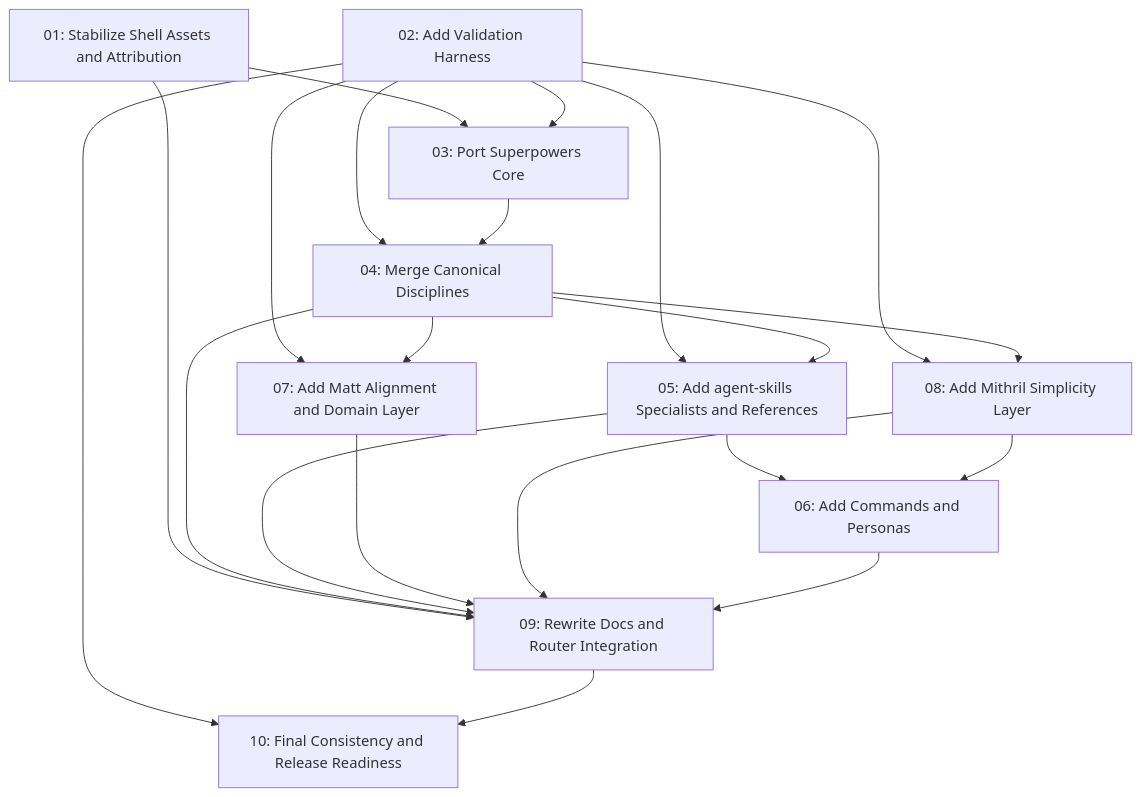
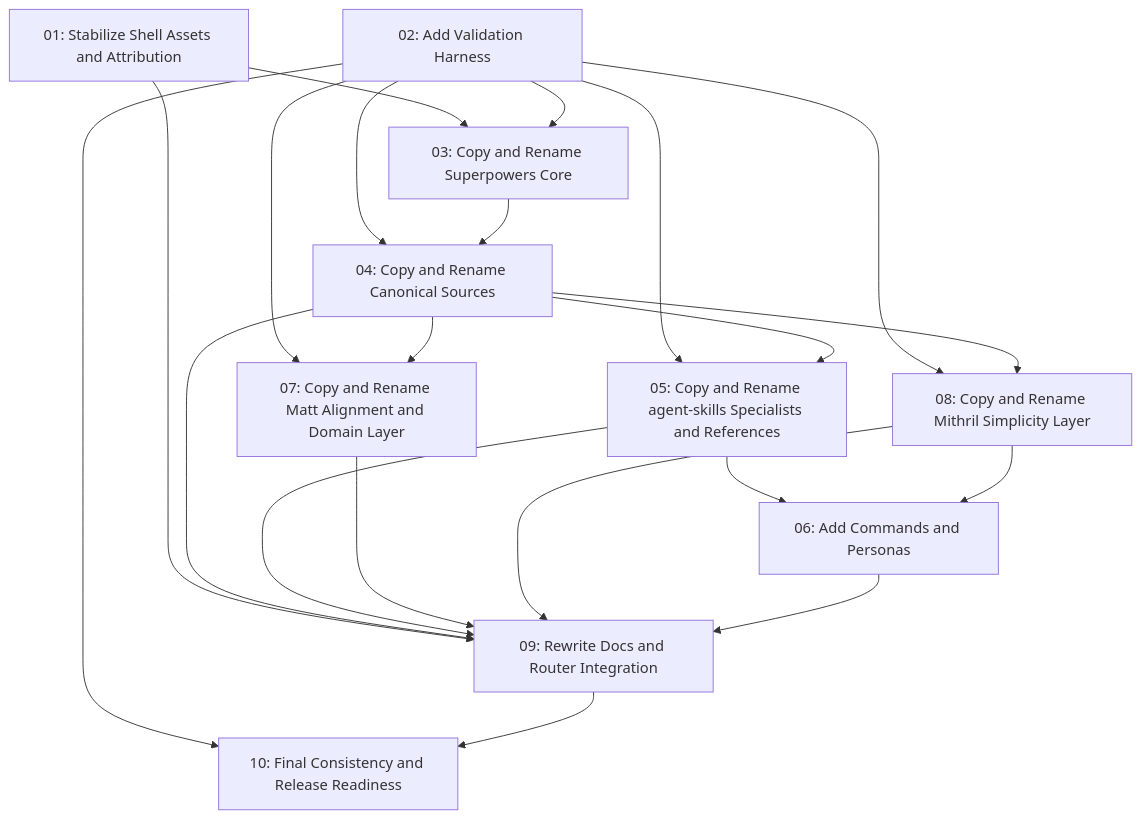
Before and after one commit to J03Fr0st/mithril: the diagram in docs/specs/2026-06-24-mithril-merge/README.md, drawn with Mermaid. The commit also changed 6 other files, not shown here.

````diff
--- a/docs/specs/2026-06-24-mithril-merge/README.md
+++ b/docs/specs/2026-06-24-mithril-merge/README.md
@@ -17,33 +17,33 @@
 ```mermaid
 graph TD
     task01["01: Stabilize Shell Assets and Attribution"]
     task02["02: Add Validation Harness"]
-    task03["03: Port Superpowers Core"]
-    task04["04: Merge Canonical Disciplines"]
-    task05["05: Add agent-skills Specialists and References"]
+    task03["03: Copy and Rename Superpowers Core"]
+    task04["04: Copy and Rename Canonical Sources"]
+    task05["05: Copy and Rename agent-skills Specialists and References"]
     task06["06: Add Commands and Personas"]
-    task07["07: Add Matt Alignment and Domain Layer"]
-    task08["08: Add Mithril Simplicity Layer"]
+    task07["07: Copy and Rename Matt Alignment and Domain Layer"]
+    task08["08: Copy and Rename Mithril Simplicity Layer"]
     task09["09: Rewrite Docs and Router Integration"]
     task10["10: Final Consistency and Release Readiness"]
     task01 --> task03
     task01 --> task09
     task02 --> task03
     task02 --> task04
     task02 --> task05
     task02 --> task07
     task02 --> task08
     task02 --> task10
     task03 --> task04
     task04 --> task05
     task04 --> task07
     task04 --> task08
     task04 --> task09
     task05 --> task06
     task05 --> task09
     task07 --> task09
     task08 --> task06
     task08 --> task09
     task06 --> task09
     task09 --> task10
 ```
````
